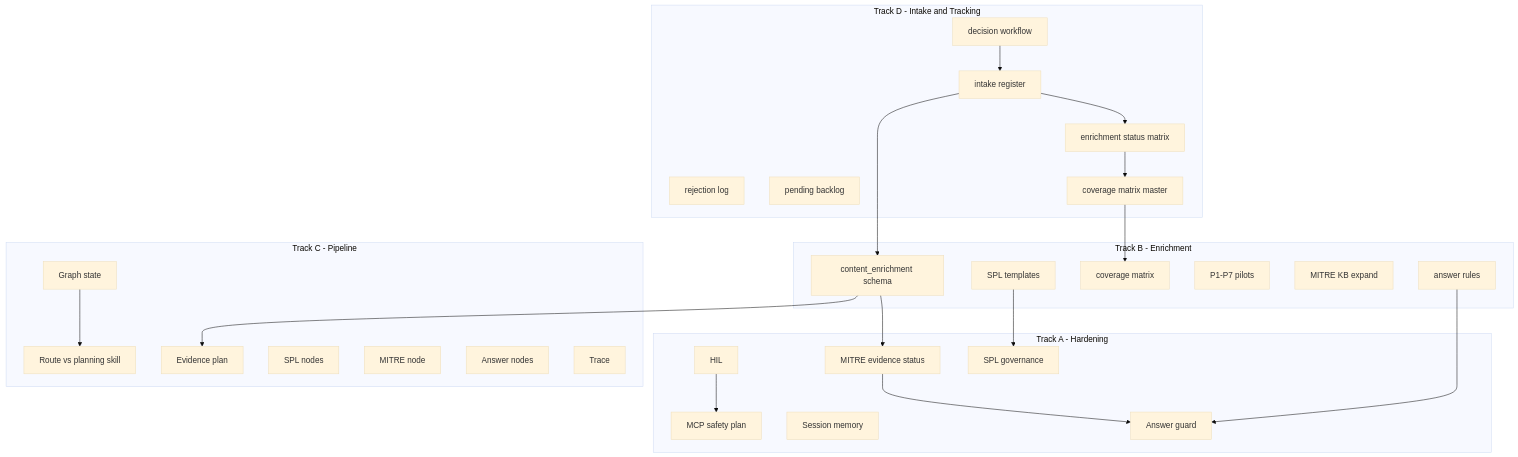
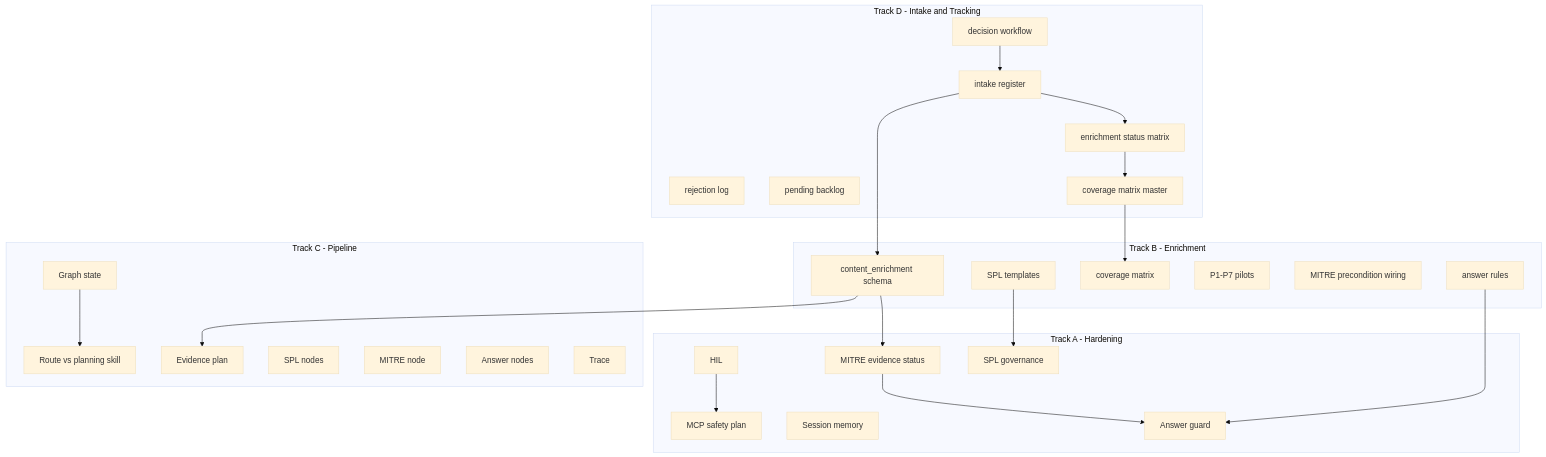
The first of 2 diagrams in plans/AI_SOC_MASTER_PLAN.md (Anurag-go4gst/ai-soc-assistant), drawn with Mermaid (base theme) before and after one commit. The commit also changed other lines of this file, not shown here.

````diff
--- a/plans/AI_SOC_MASTER_PLAN.md
+++ b/plans/AI_SOC_MASTER_PLAN.md
@@ -139,48 +140,48 @@
 ```mermaid
 flowchart TB
   subgraph TrackD [Track D - Intake and Tracking]
     D1[intake register]
     D2[rejection log]
     D3[pending backlog]
     D4[enrichment status matrix]
     D5[coverage matrix master]
     D6[decision workflow]
   end
   subgraph TrackA [Track A - Hardening]
     A1[HIL]
     A2[MITRE evidence status]
     A3[SPL governance]
     A4[MCP safety plan]
     A5[Session memory]
     A6[Answer guard]
   end
   subgraph TrackB [Track B - Enrichment]
     B1[content_enrichment schema]
     B7[answer rules]
     B9[coverage matrix]
     P1[P1-P7 pilots]
-    B3[MITRE KB expand]
+    B3[MITRE precondition wiring]
     B6[SPL templates]
   end
   subgraph TrackC [Track C - Pipeline]
     C1[Graph state]
     C2[Route vs planning skill]
     C3[Evidence plan]
     C4[SPL nodes]
     C5[MITRE node]
     C8[Answer nodes]
     C9[Trace]
   end
   D6 --> D1
   D1 --> B1
   D1 --> D4
   D4 --> D5
   B1 --> A2
   B6 --> A3
   B1 --> C3
   C1 --> C2
   A1 --> A4
   A2 --> A6
   B7 --> A6
   D5 --> B9
 ```
````
